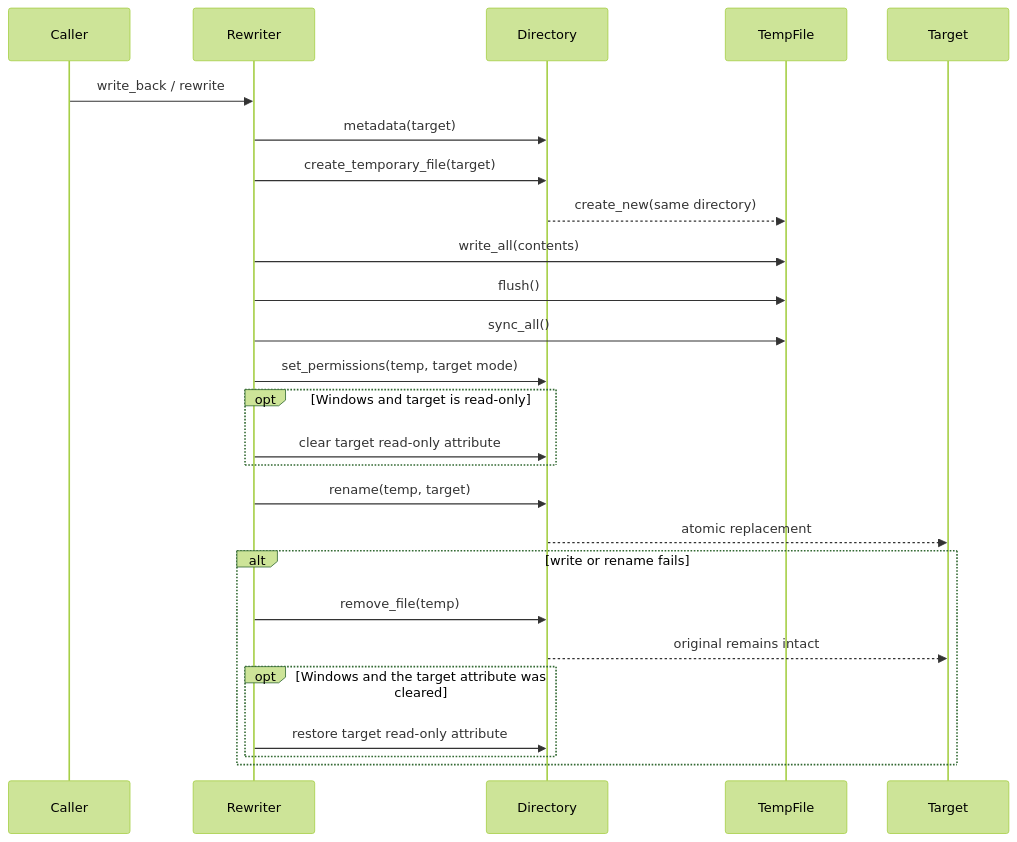
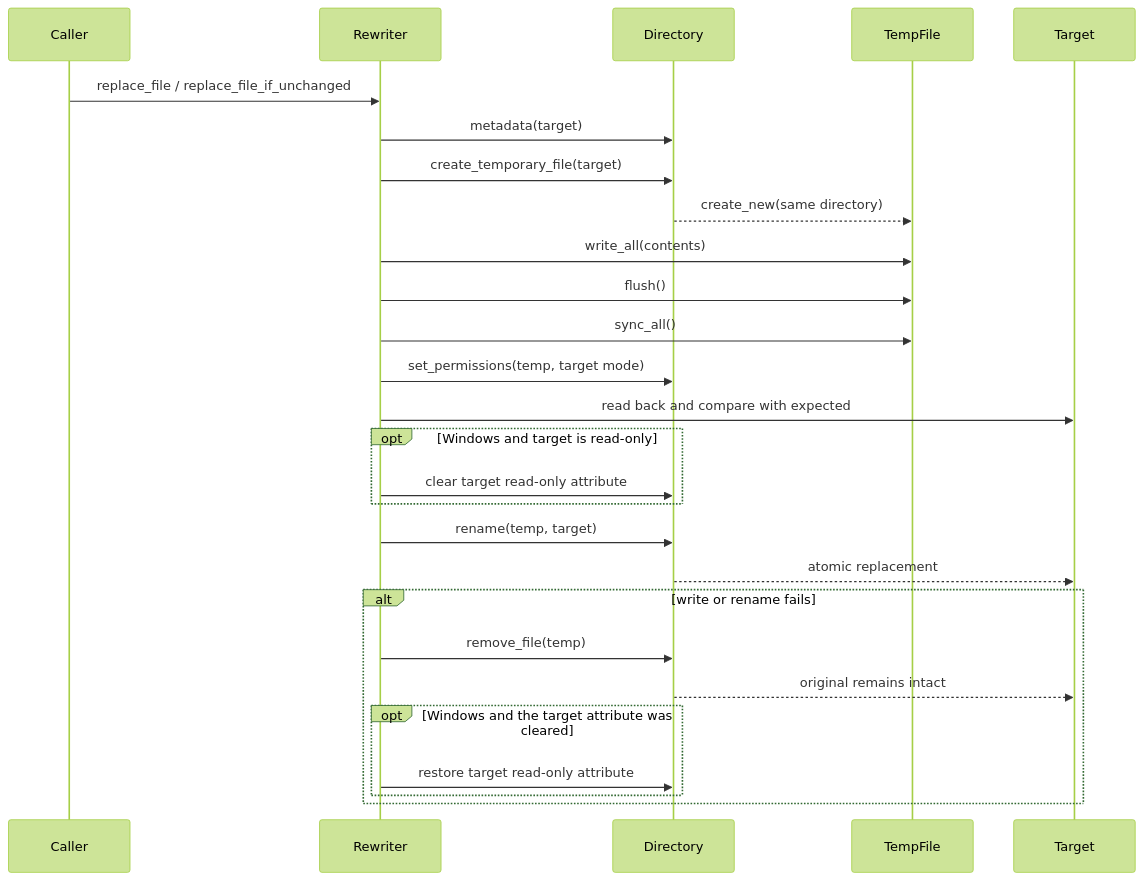
Before and after one commit to leynos/mdtablefix: the ninth of 9 diagrams in docs/architecture.md, drawn with Mermaid (forest theme). The commit also changed other lines of this file and 65 other files, not shown here.

````diff
--- a/docs/architecture.md
+++ b/docs/architecture.md
@@ -834,29 +951,30 @@
 ```mermaid
 sequenceDiagram
     participant Caller
     participant Rewriter
     participant Directory
     participant TempFile
     participant Target
 
-    Caller->>Rewriter: write_back / rewrite
+    Caller->>Rewriter: replace_file / replace_file_if_unchanged
     Rewriter->>Directory: metadata(target)
     Rewriter->>Directory: create_temporary_file(target)
     Directory-->>TempFile: create_new(same directory)
     Rewriter->>TempFile: write_all(contents)
     Rewriter->>TempFile: flush()
     Rewriter->>TempFile: sync_all()
     Rewriter->>Directory: set_permissions(temp, target mode)
+    Rewriter->>Target: read back and compare with expected
     opt Windows and target is read-only
         Rewriter->>Directory: clear target read-only attribute
     end
     Rewriter->>Directory: rename(temp, target)
     Directory-->>Target: atomic replacement
     alt write or rename fails
         Rewriter->>Directory: remove_file(temp)
         Directory-->>Target: original remains intact
         opt Windows and the target attribute was cleared
             Rewriter->>Directory: restore target read-only attribute
         end
     end
 ```
````
